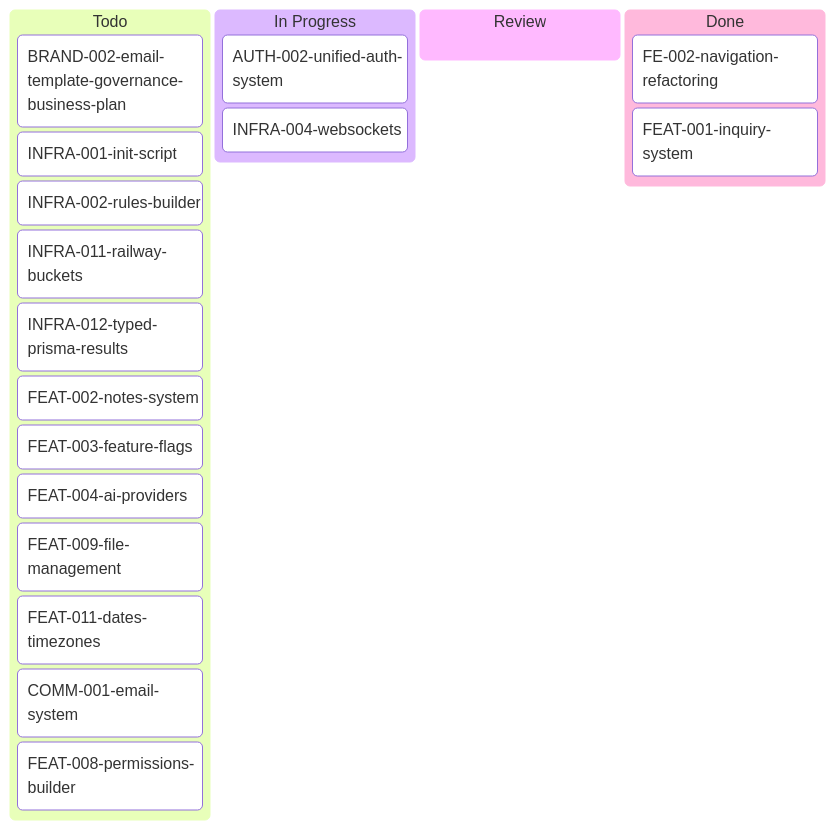
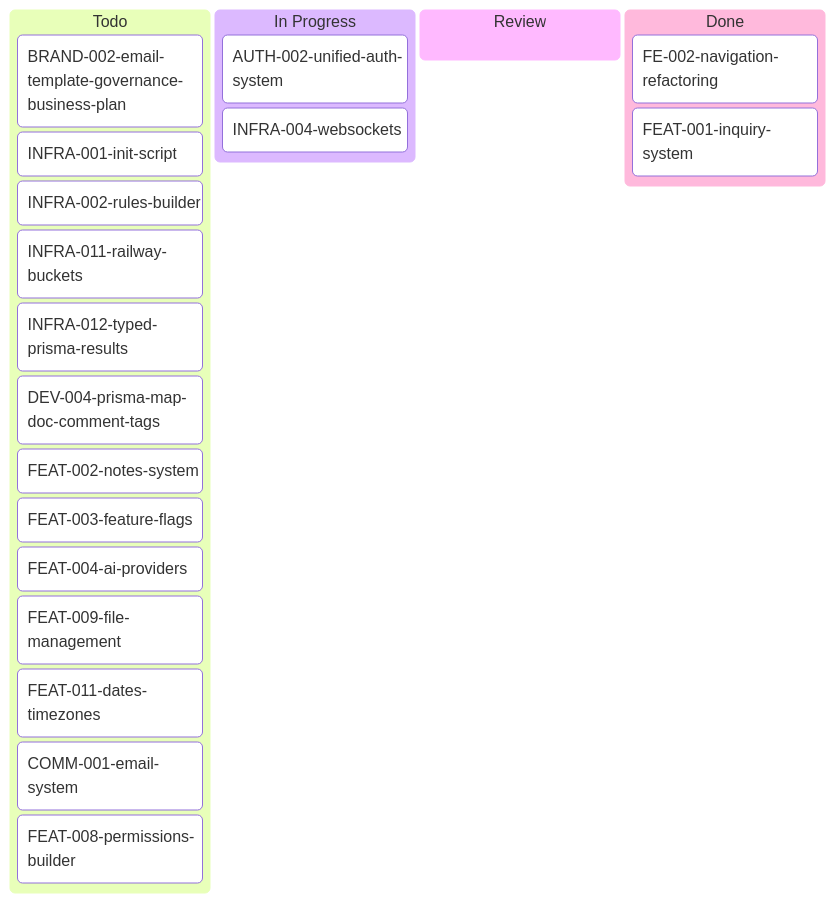
Before and after one commit to inixiative/template: the diagram in tickets/kanban-aron.md, drawn with Mermaid. The commit also changed other lines of this file and 2 other files, not shown here.

First line of the commit message:
tickets: wire FEAT-003 into BRAND-002; add DEV-004 (prisma-map doc-comment tags)

````diff
--- a/tickets/kanban-aron.md
+++ b/tickets/kanban-aron.md
@@ -3,28 +3,29 @@
 ```mermaid
 ---
 config:
   kanban:
     ticketBaseUrl: 'https://github.com/yourorg/template/blob/main/tickets/#TICKET#'
 ---
 kanban
   Todo
     BRAND-002-email-template-governance-business-plan
     INFRA-001-init-script
     INFRA-002-rules-builder
     INFRA-011-railway-buckets
     INFRA-012-typed-prisma-results
+    DEV-004-prisma-map-doc-comment-tags
     FEAT-002-notes-system
     FEAT-003-feature-flags
     FEAT-004-ai-providers
     FEAT-009-file-management
     FEAT-011-dates-timezones
     COMM-001-email-system
     FEAT-008-permissions-builder
   In Progress
     AUTH-002-unified-auth-system
     INFRA-004-websockets
   Review
   Done
     FE-002-navigation-refactoring
     FEAT-001-inquiry-system
 ```
````
